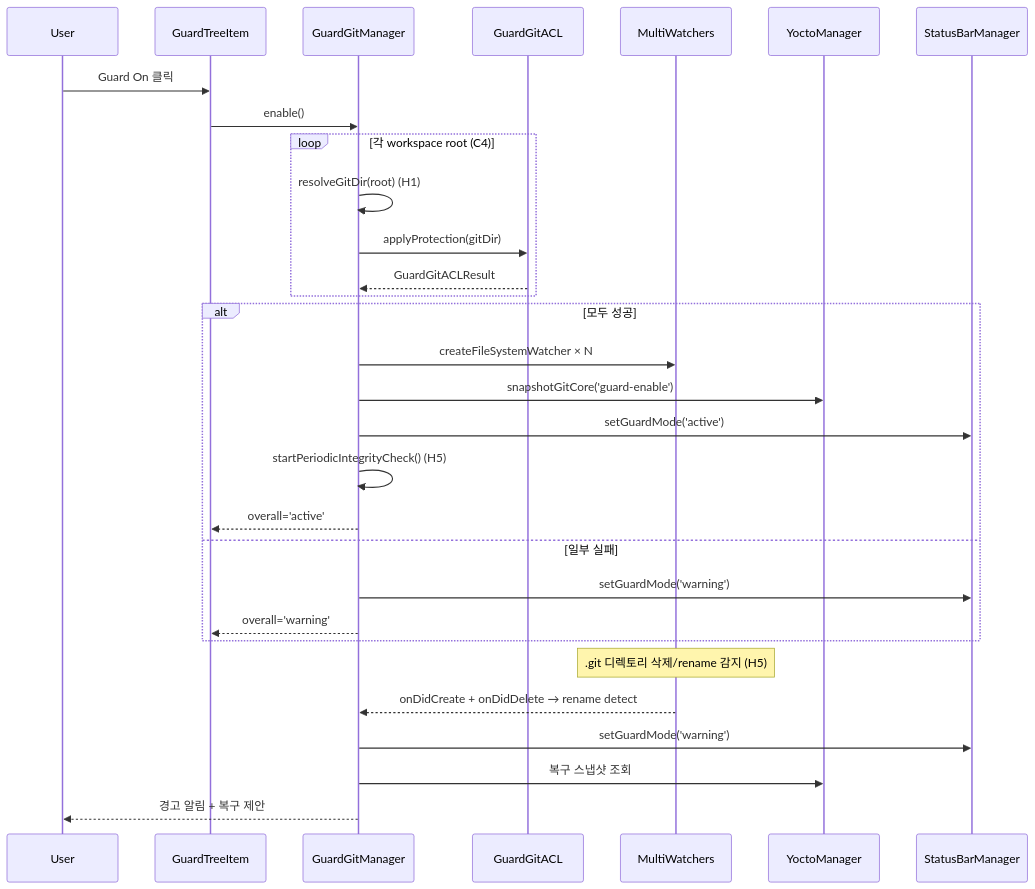
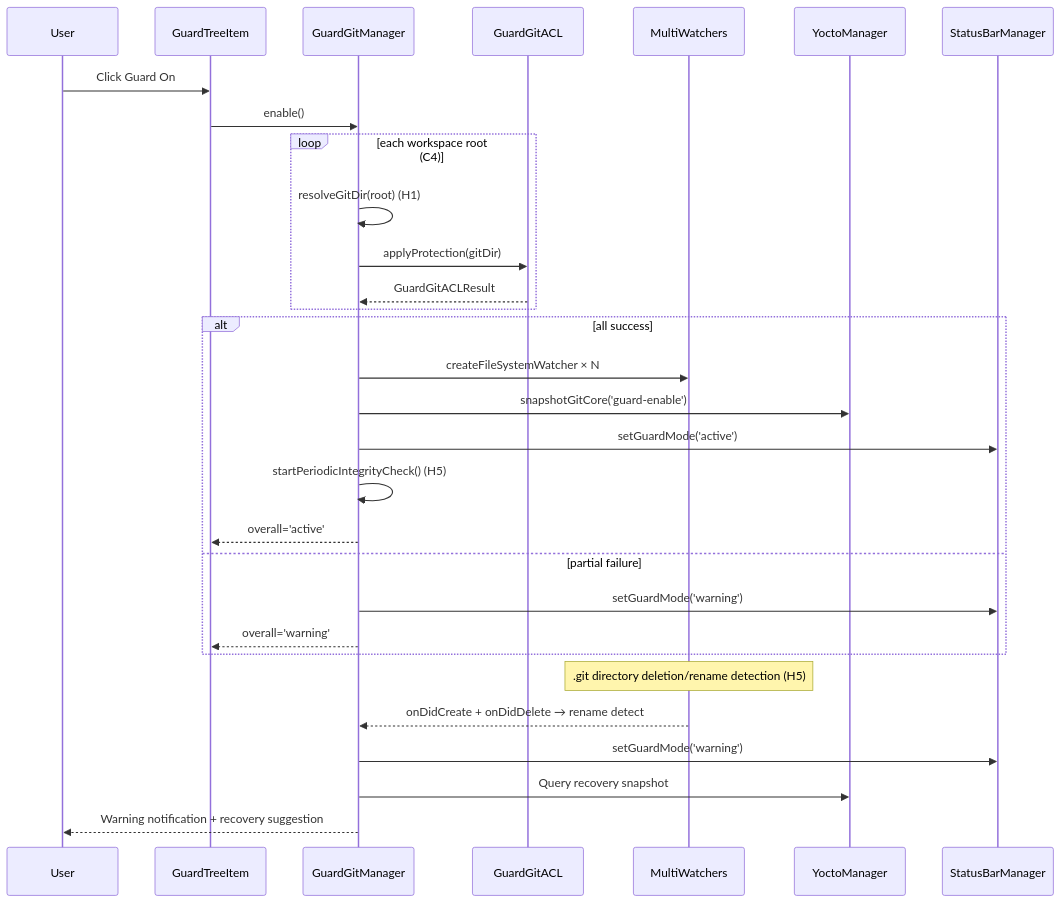
Before and after one commit to myk1yt/VibeZoo: the second of 3 diagrams in plans/guard-git-design.md, drawn with Mermaid. The commit also changed other lines of this file and 17 other files, not shown here.

````diff
--- a/plans/guard-git-design.md
+++ b/plans/guard-git-design.md
@@ -179,34 +179,34 @@
 ```mermaid
 sequenceDiagram
     participant User
     participant TreeView as GuardTreeItem
     participant GGM as GuardGitManager
     participant ACL as GuardGitACL
     participant Watchers as MultiWatchers
     participant Yocto as YoctoManager
     participant SB as StatusBarManager
 
-    User->>TreeView: Guard On 클릭
+    User->>TreeView: Click Guard On
     TreeView->>GGM: enable()
-    loop 각 workspace root (C4)
+    loop each workspace root (C4)
         GGM->>GGM: resolveGitDir(root) (H1)
         GGM->>ACL: applyProtection(gitDir)
         ACL-->>GGM: GuardGitACLResult
     end
-    alt 모두 성공
+    alt all success
         GGM->>Watchers: createFileSystemWatcher × N
         GGM->>Yocto: snapshotGitCore('guard-enable')
         GGM->>SB: setGuardMode('active')
         GGM->>GGM: startPeriodicIntegrityCheck() (H5)
         GGM-->>TreeView: overall='active'
-    else 일부 실패
+    else partial failure
         GGM->>SB: setGuardMode('warning')
         GGM-->>TreeView: overall='warning'
     end
 
-    Note over Watchers: .git 디렉토리 삭제/rename 감지 (H5)
+    Note over Watchers: .git directory deletion/rename detection (H5)
     Watchers-->>GGM: onDidCreate + onDidDelete → rename detect
     GGM->>SB: setGuardMode('warning')
-    GGM->>Yocto: 복구 스냅샷 조회
-    GGM-->>User: 경고 알림 + 복구 제안
+    GGM->>Yocto: Query recovery snapshot
+    GGM-->>User: Warning notification + recovery suggestion
 ```
````
